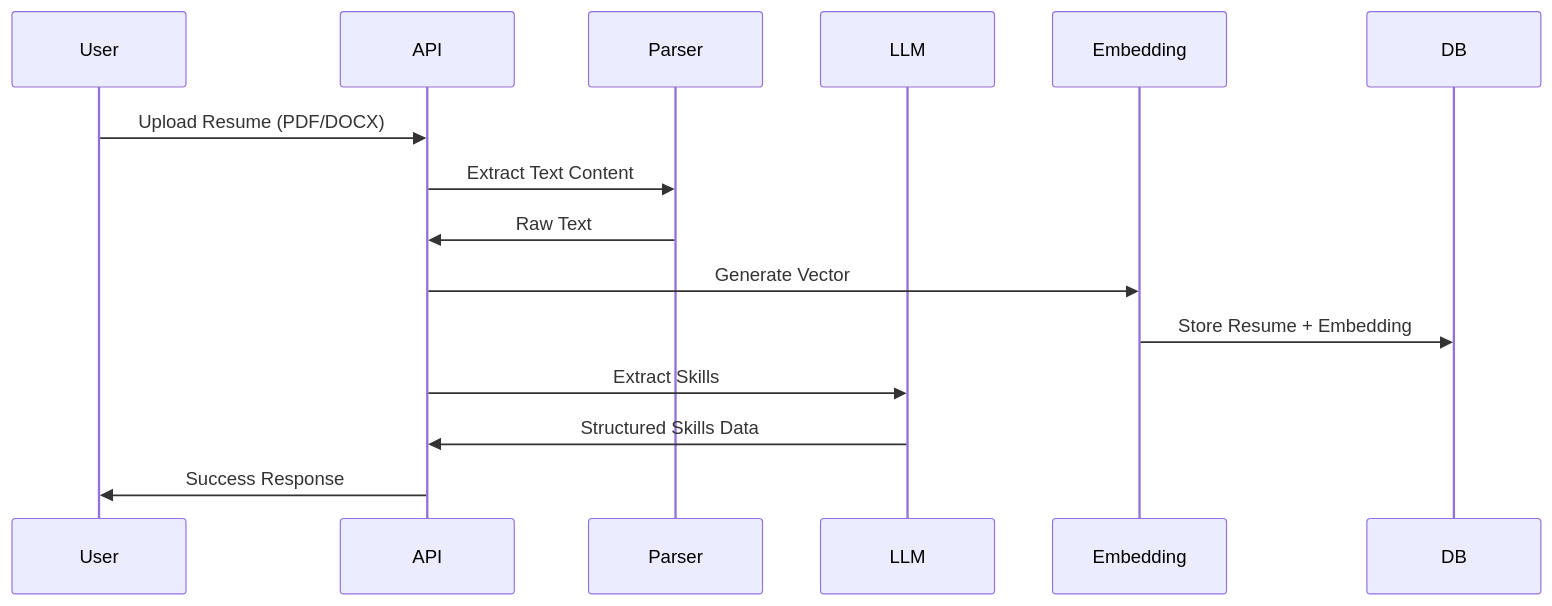
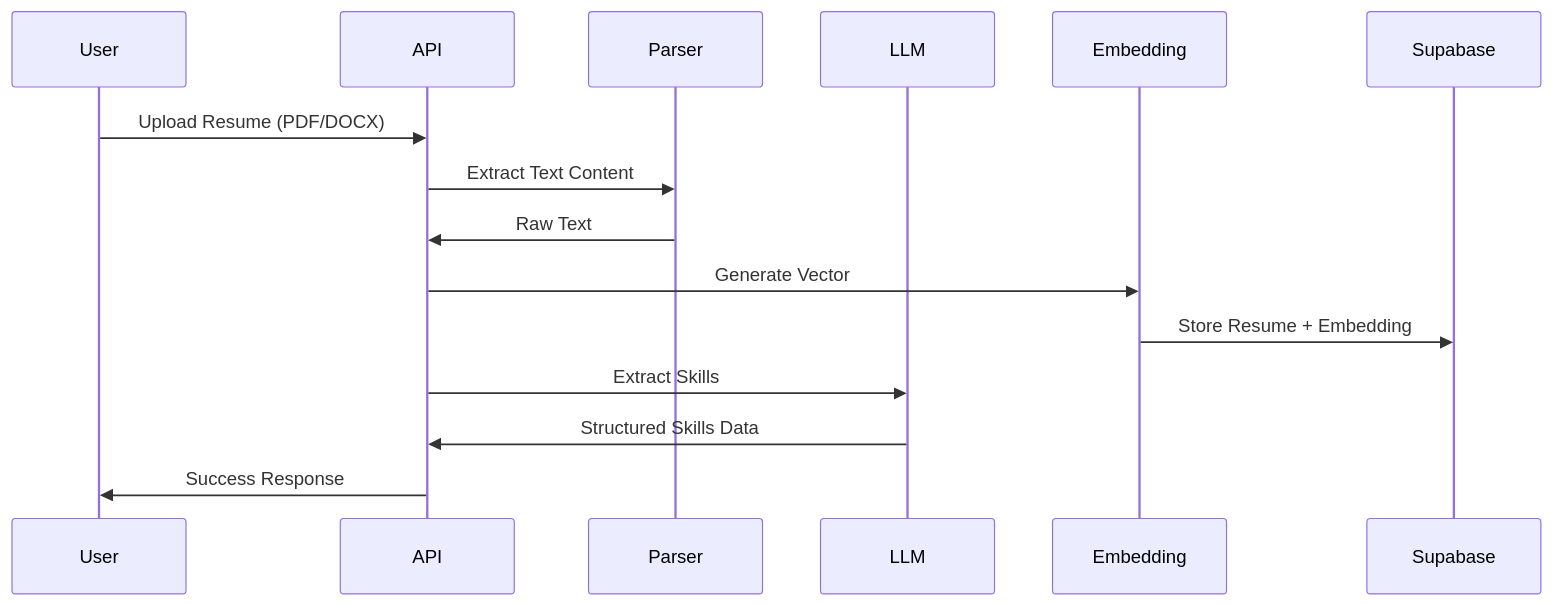
One commit to s1120258/job-tracker-backend changed the second of 3 diagrams in docs/TECHNICAL_ARCHITECTURE.md. Above: the diagram before and after it, drawn with Mermaid. The commit also changed other lines of this file, not shown here.

First line of the commit message:
docs: update TECHNICAL_ARCHITECTURE.md with latest project setup

````diff
--- a/docs/TECHNICAL_ARCHITECTURE.md
+++ b/docs/TECHNICAL_ARCHITECTURE.md
@@ -374,18 +709,18 @@
 ```mermaid
 sequenceDiagram
     participant User
     participant API
     participant Parser
     participant LLM
     participant Embedding
-    participant DB
+    participant Supabase
 
     User->>API: Upload Resume (PDF/DOCX)
     API->>Parser: Extract Text Content
     Parser->>API: Raw Text
     API->>Embedding: Generate Vector
-    Embedding->>DB: Store Resume + Embedding
+    Embedding->>Supabase: Store Resume + Embedding
     API->>LLM: Extract Skills
     LLM->>API: Structured Skills Data
     API->>User: Success Response
 ```
````
